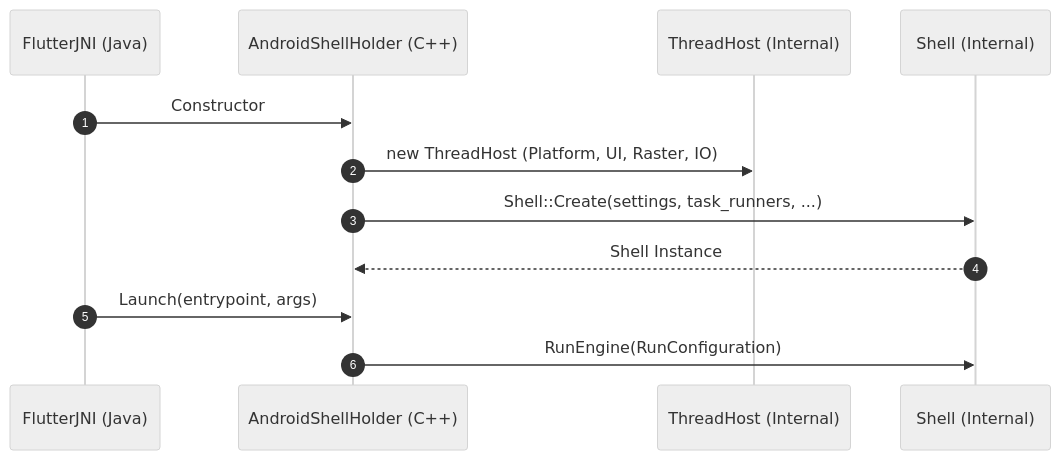
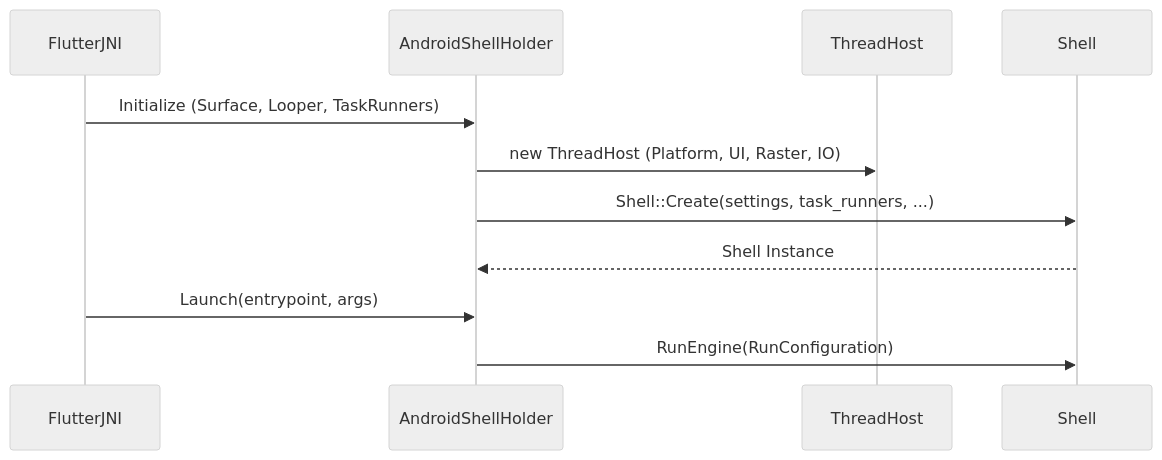
One commit to mboetger/rfc changed the second of 5 diagrams in rfc/410.0000-flutter-android-embedder-c-api-migration.md. Above: the diagram before and after it, drawn with Mermaid (neutral theme). The commit also changed other lines of this file, not shown here.

Commit message:
docs(rfc): align RFC 410 with approved architectural outline

````diff
--- a/rfc/410.0000-flutter-android-embedder-c-api-migration.md
+++ b/rfc/410.0000-flutter-android-embedder-c-api-migration.md
@@ -81,15 +107,14 @@
 ```mermaid
 sequenceDiagram
-    autonumber
-    participant FlutterJNI as FlutterJNI (Java)
-    participant AndroidShellHolder as AndroidShellHolder (C++)
-    participant ThreadHost as ThreadHost (Internal)
-    participant Shell as Shell (Internal)
+    participant FlutterJNI
+    participant AndroidShellHolder
+    participant ThreadHost
+    participant Shell
 
-    FlutterJNI->>AndroidShellHolder: Constructor
+    FlutterJNI->>AndroidShellHolder: Initialize (Surface, Looper, TaskRunners)
     AndroidShellHolder->>ThreadHost: new ThreadHost (Platform, UI, Raster, IO)
     AndroidShellHolder->>Shell: Shell::Create(settings, task_runners, ...)
     Shell-->>AndroidShellHolder: Shell Instance
     FlutterJNI->>AndroidShellHolder: Launch(entrypoint, args)
     AndroidShellHolder->>Shell: RunEngine(RunConfiguration)
 ```
````
